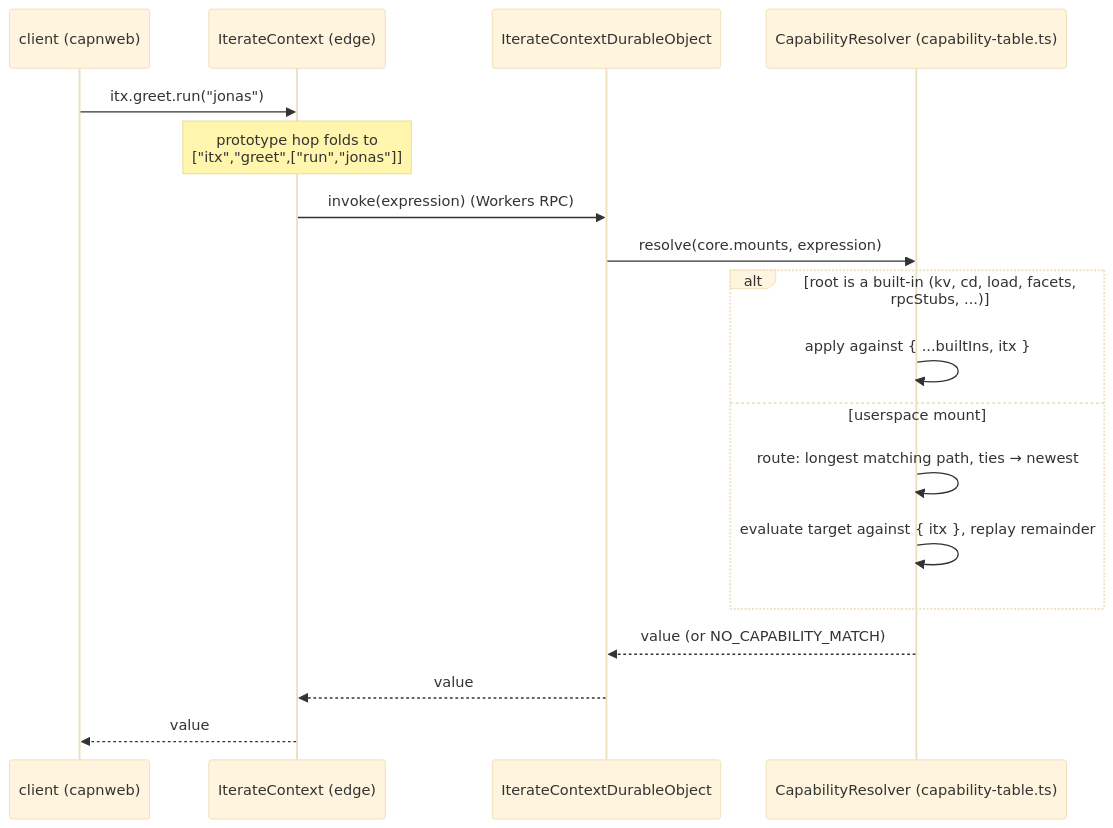
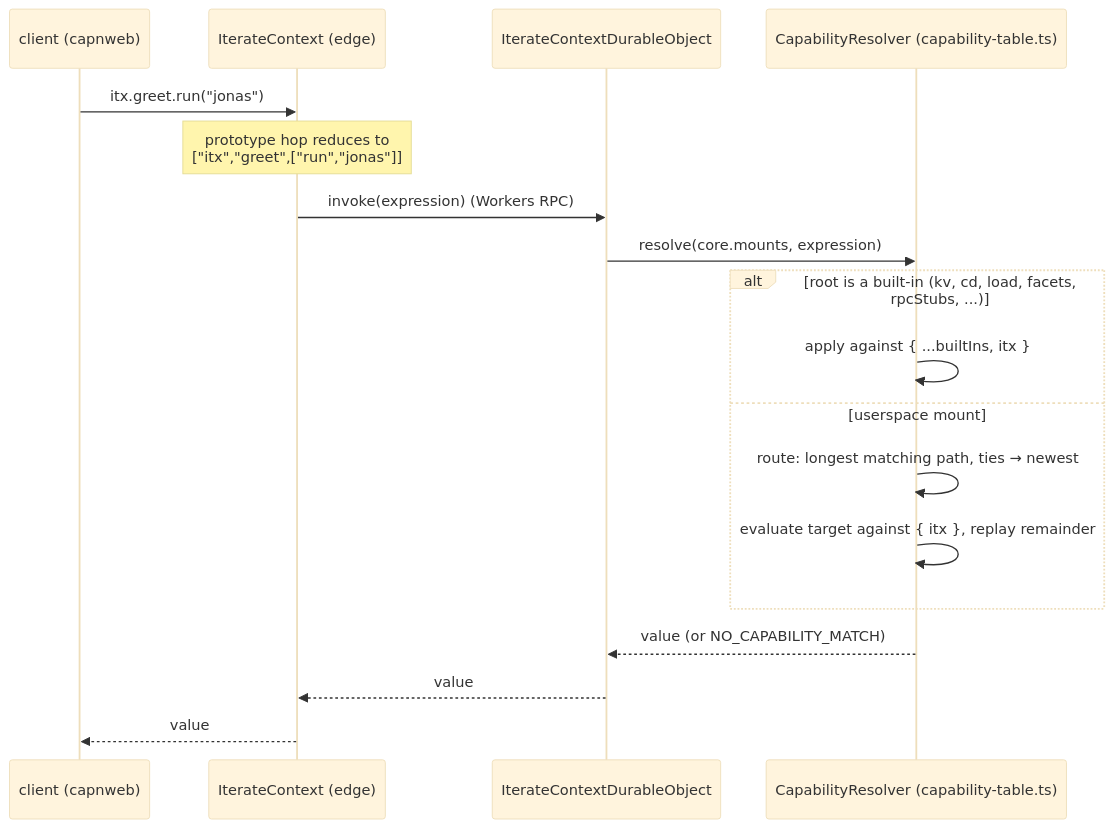
Before and after one commit to iterate/iterate: the second of 5 diagrams in packages/v3/project-worker/docs/clean-room-api-walkthrough.md, drawn with Mermaid (base theme). The commit also changed other lines of this file and 46 other files, not shown here.

````diff
--- a/packages/v3/project-worker/docs/clean-room-api-walkthrough.md
+++ b/packages/v3/project-worker/docs/clean-room-api-walkthrough.md
@@ -1204,20 +1204,20 @@
 ```mermaid
 sequenceDiagram
   participant C as client (capnweb)
   participant E as IterateContext (edge)
   participant D as IterateContextDurableObject
   participant T as CapabilityResolver (capability-table.ts)
   C->>E: itx.greet.run("jonas")
-  Note over E: prototype hop folds to<br/>["itx","greet",["run","jonas"]]
+  Note over E: prototype hop reduces to<br/>["itx","greet",["run","jonas"]]
   E->>D: invoke(expression)   (Workers RPC)
   D->>T: resolve(core.mounts, expression)
   alt root is a built-in (kv, cd, load, facets, rpcStubs, ...)
     T->>T: apply against { ...builtIns, itx }
   else userspace mount
     T->>T: route: longest matching path, ties → newest
     T->>T: evaluate target against { itx }, replay remainder
   end
   T-->>D: value (or NO_CAPABILITY_MATCH)
   D-->>E: value
   E-->>C: value
 ```
````
